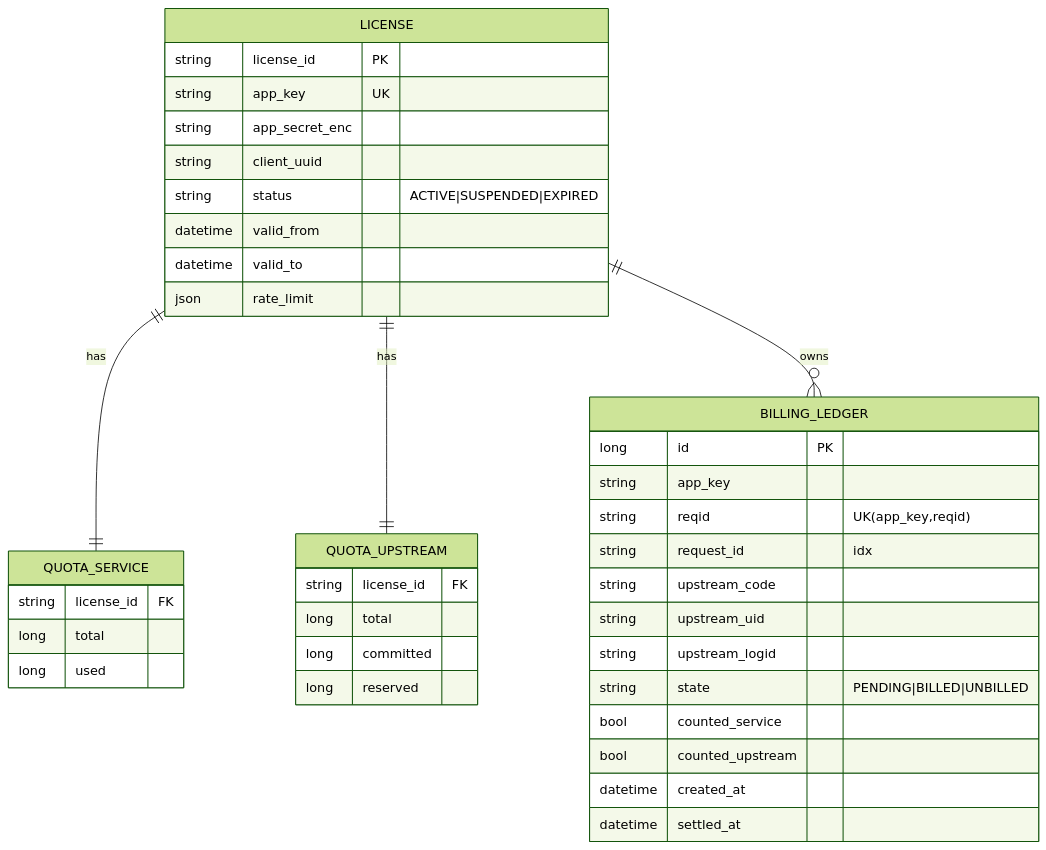
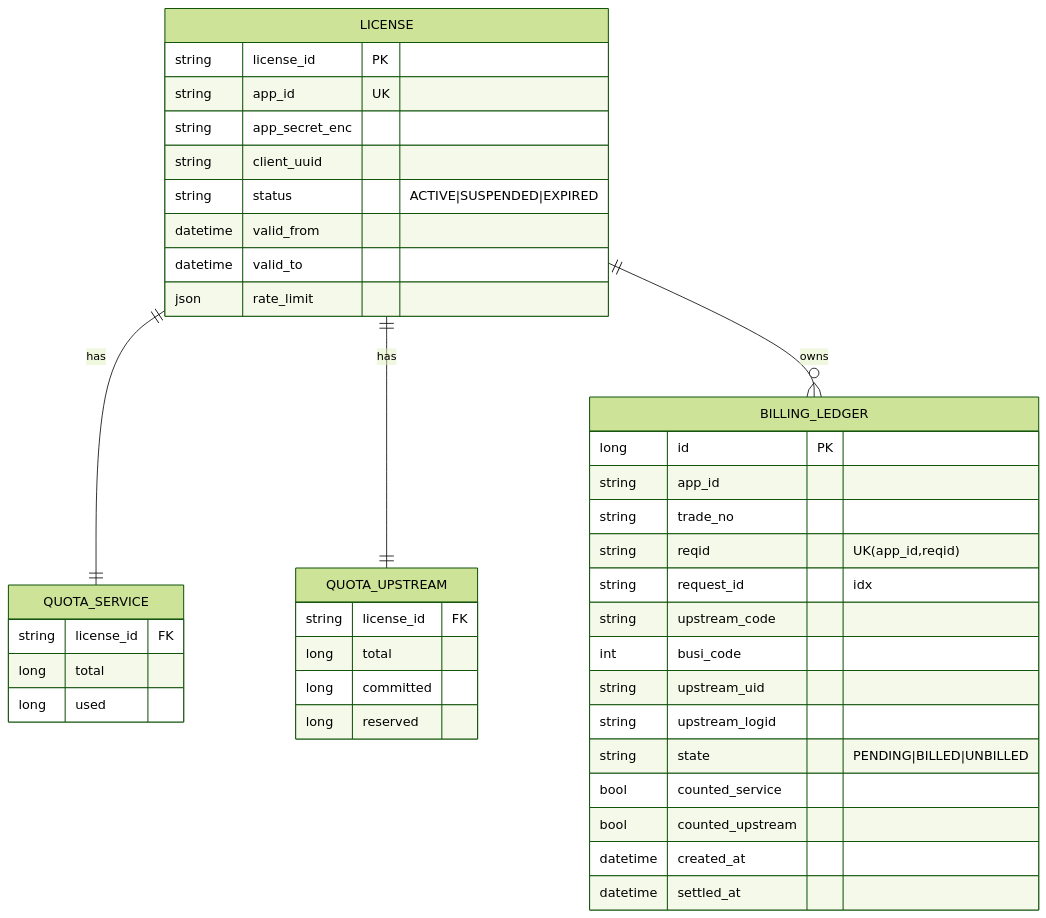
One commit to YunChen1227/DataHub changed the fifth of 8 diagrams in docs/ARCHITECTURE.md. Above: the diagram before and after it, drawn with Mermaid (forest theme). The commit also changed other lines of this file and 51 other files, not shown here.

````diff
--- a/docs/ARCHITECTURE.md
+++ b/docs/ARCHITECTURE.md
@@ -249,42 +252,44 @@
 ```mermaid
 erDiagram
     LICENSE ||--|| QUOTA_SERVICE : has
     LICENSE ||--|| QUOTA_UPSTREAM : has
     LICENSE ||--o{ BILLING_LEDGER : owns
 
     LICENSE {
         string license_id PK
-        string app_key UK
+        string app_id UK
         string app_secret_enc
         string client_uuid
         string status "ACTIVE|SUSPENDED|EXPIRED"
         datetime valid_from
         datetime valid_to
         json rate_limit
     }
     QUOTA_SERVICE {
         string license_id FK
         long total
         long used
     }
     QUOTA_UPSTREAM {
         string license_id FK
         long total
         long committed
         long reserved
     }
     BILLING_LEDGER {
         long id PK
-        string app_key
-        string reqid "UK(app_key,reqid)"
+        string app_id
+        string trade_no
+        string reqid "UK(app_id,reqid)"
         string request_id "idx"
         string upstream_code
+        int busi_code
         string upstream_uid
         string upstream_logid
         string state "PENDING|BILLED|UNBILLED"
         bool counted_service
         bool counted_upstream
         datetime created_at
         datetime settled_at
     }
 ```
````
